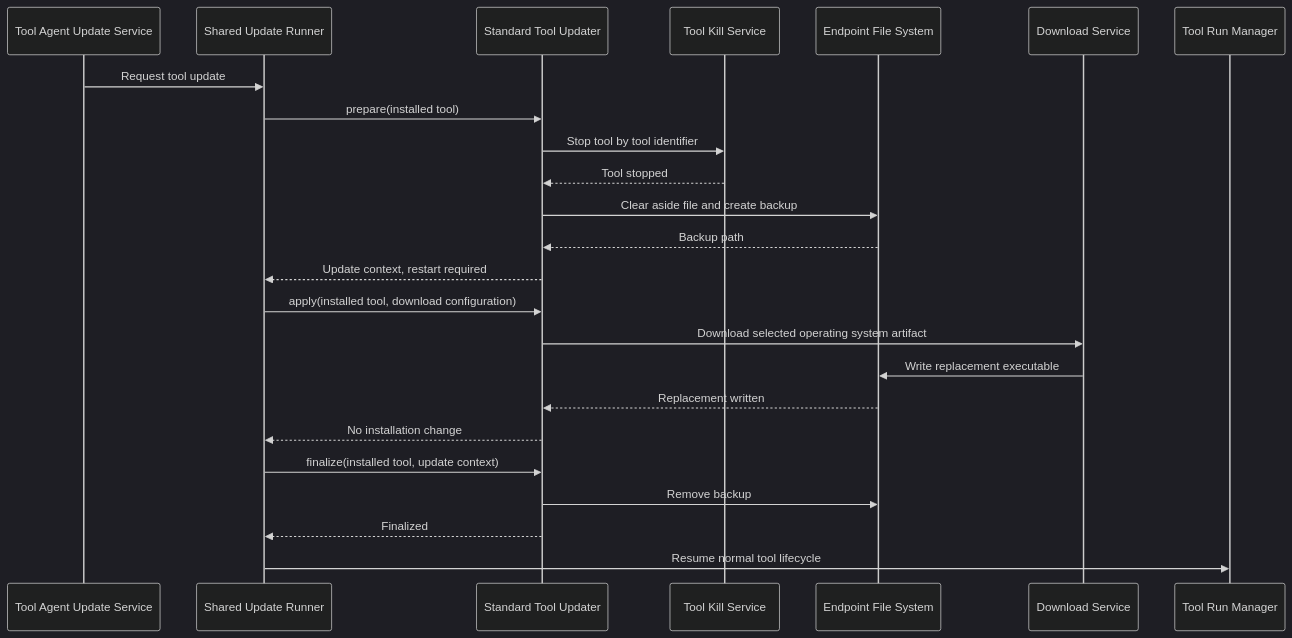
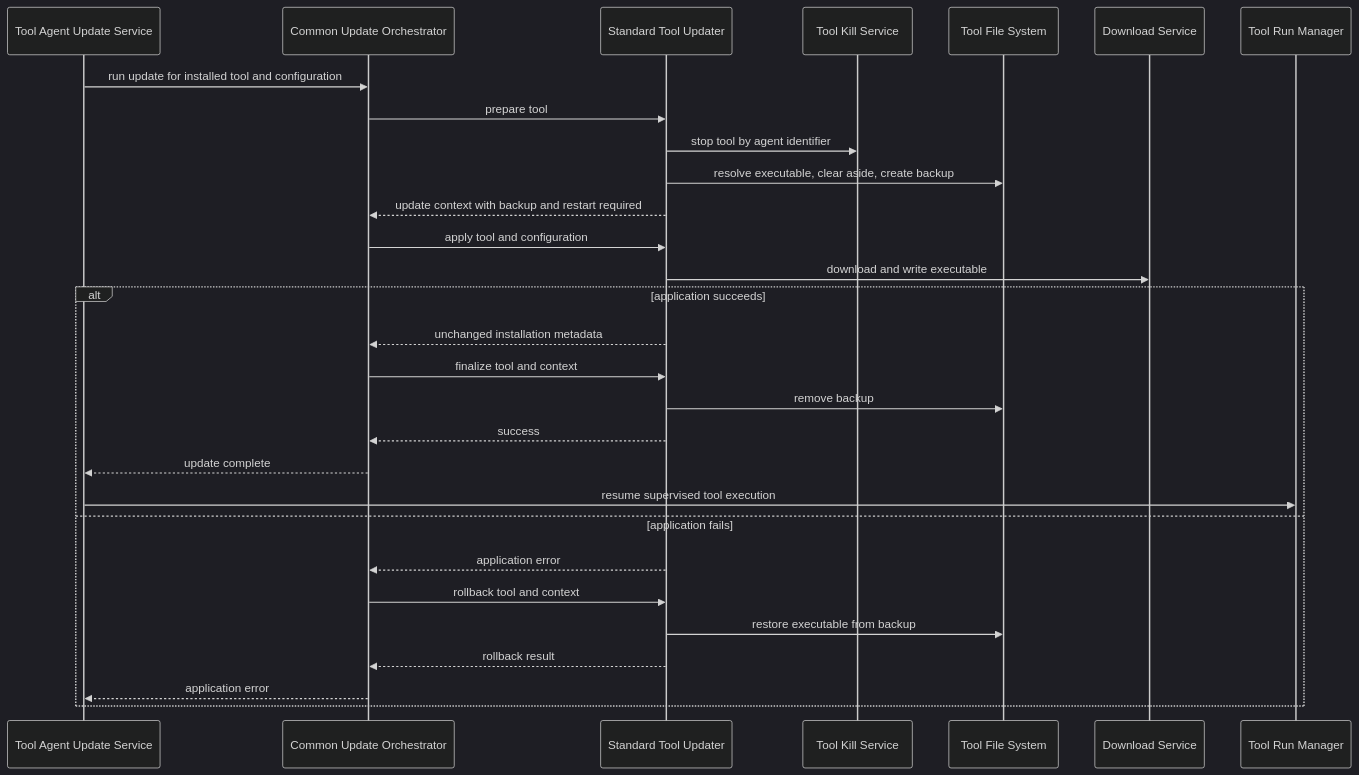
One commit to flamingo-stack/openframe-oss-tenant changed the third of 4 diagrams in docs/reference/architecture/openframe-client-core/platform-tool-updater-standard/platform-tool-updater-standard.md. Above: the diagram before and after it, drawn with Mermaid (dark theme). The commit also changed other lines of this file and 2377 other files, not shown here.

````diff
--- a/docs/reference/architecture/openframe-client-core/platform-tool-updater-standard/platform-tool-updater-standard.md
+++ b/docs/reference/architecture/openframe-client-core/platform-tool-updater-standard/platform-tool-updater-standard.md
@@ -67,26 +87,31 @@
 ```mermaid
 sequenceDiagram
-    participant UpdateService as Tool Agent Update Service
-    participant Runner as Shared Update Runner
-    participant Updater as Standard Tool Updater
+    participant Service as Tool Agent Update Service
+    participant Core as Common Update Orchestrator
+    participant Standard as Standard Tool Updater
     participant Kill as Tool Kill Service
-    participant Files as Endpoint File System
+    participant Files as Tool File System
     participant Download as Download Service
-    participant RunManager as Tool Run Manager
-    UpdateService->>Runner: Request tool update
-    Runner->>Updater: prepare(installed tool)
-    Updater->>Kill: Stop tool by tool identifier
-    Kill-->>Updater: Tool stopped
-    Updater->>Files: Clear aside file and create backup
-    Files-->>Updater: Backup path
-    Updater-->>Runner: Update context, restart required
-    Runner->>Updater: apply(installed tool, download configuration)
-    Updater->>Download: Download selected operating system artifact
-    Download->>Files: Write replacement executable
-    Files-->>Updater: Replacement written
-    Updater-->>Runner: No installation change
-    Runner->>Updater: finalize(installed tool, update context)
-    Updater->>Files: Remove backup
-    Updater-->>Runner: Finalized
-    Runner->>RunManager: Resume normal tool lifecycle
+    participant Runner as Tool Run Manager
+    Service->>Core: run update for installed tool and configuration
+    Core->>Standard: prepare tool
+    Standard->>Kill: stop tool by agent identifier
+    Standard->>Files: resolve executable, clear aside, create backup
+    Standard-->>Core: update context with backup and restart required
+    Core->>Standard: apply tool and configuration
+    Standard->>Download: download and write executable
+    alt application succeeds
+        Standard-->>Core: unchanged installation metadata
+        Core->>Standard: finalize tool and context
+        Standard->>Files: remove backup
+        Standard-->>Core: success
+        Core-->>Service: update complete
+        Service->>Runner: resume supervised tool execution
+    else application fails
+        Standard-->>Core: application error
+        Core->>Standard: rollback tool and context
+        Standard->>Files: restore executable from backup
+        Standard-->>Core: rollback result
+        Core-->>Service: application error
+    end
 ```
````
